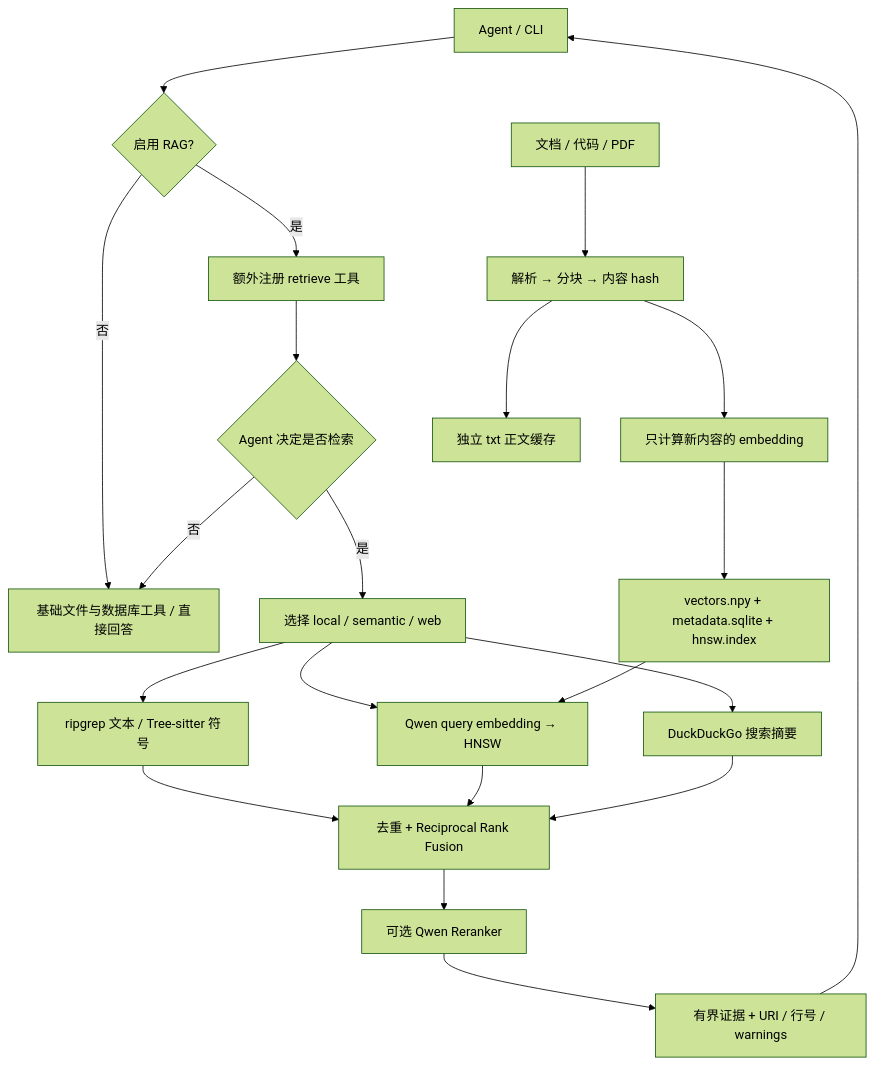
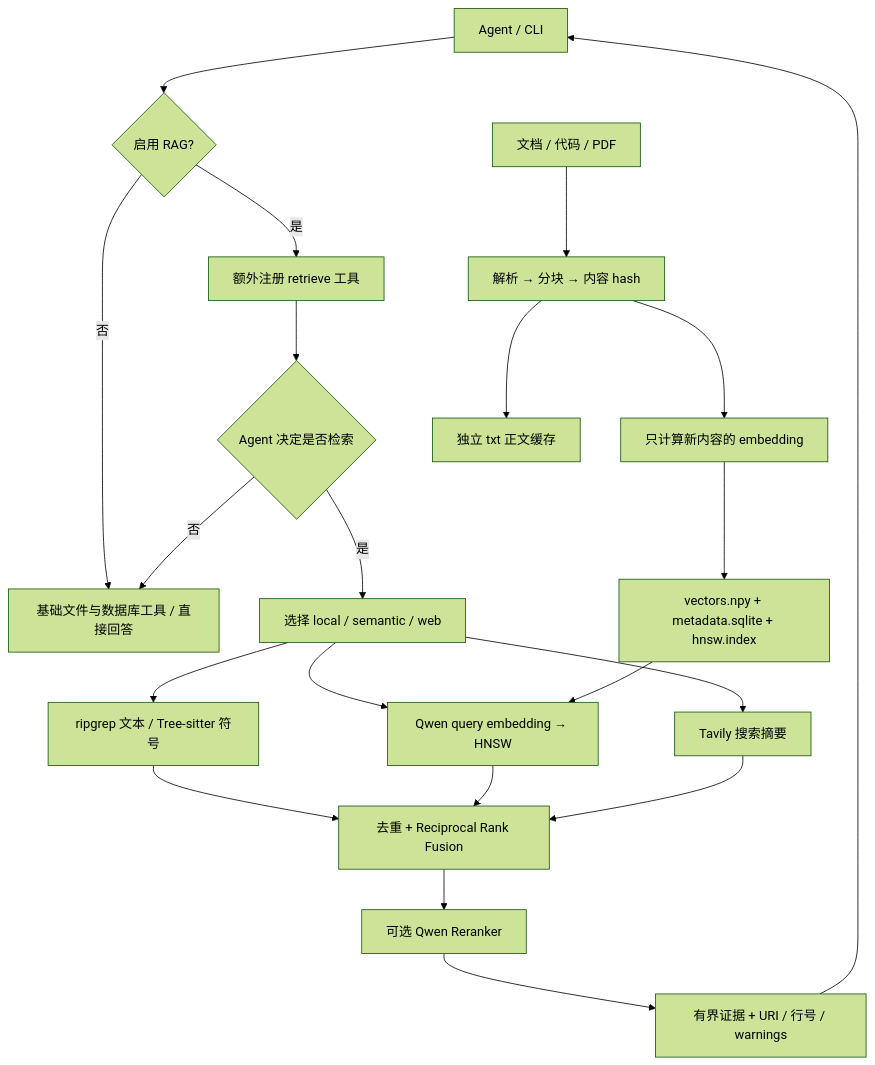
The first of 3 diagrams in docs/architecture.md (Huangsj1/ajAgent), drawn with Mermaid (forest theme) before and after one commit. The commit also changed other lines of this file and 40 other files, not shown here.

````diff
--- a/docs/architecture.md
+++ b/docs/architecture.md
@@ -3,21 +3,21 @@
 ```mermaid
 flowchart TD
     A[Agent / CLI] --> E{启用 RAG?}
     E -->|否| B[基础文件与数据库工具 / 直接回答]
     E -->|是| T[额外注册 retrieve 工具]
     T --> D{Agent 决定是否检索}
     D -->|否| B
     D -->|是| S[选择 local / semantic / web]
     S --> L[ripgrep 文本 / Tree-sitter 符号]
     S --> V[Qwen query embedding → HNSW]
-    S --> W[DuckDuckGo 搜索摘要]
+    S --> W[Tavily 搜索摘要]
     L & V & W --> F[去重 + Reciprocal Rank Fusion]
     F --> R[可选 Qwen Reranker]
     R --> O[有界证据 + URI / 行号 / warnings]
     O --> A
     K[文档 / 代码 / PDF] --> C[解析 → 分块 → 内容 hash]
     C --> Q[只计算新内容的 embedding]
     C --> X[独立 txt 正文缓存]
     Q --> I[vectors.npy + metadata.sqlite + hnsw.index]
     I --> V
 ```
````
